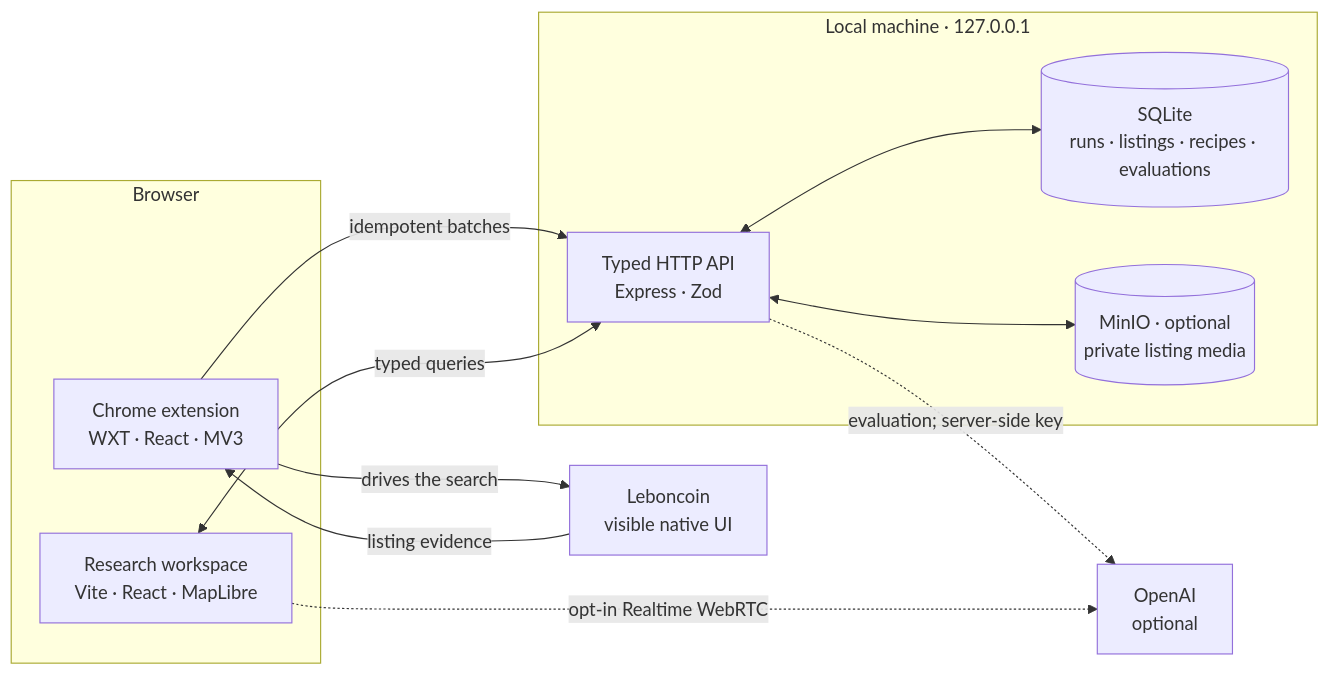
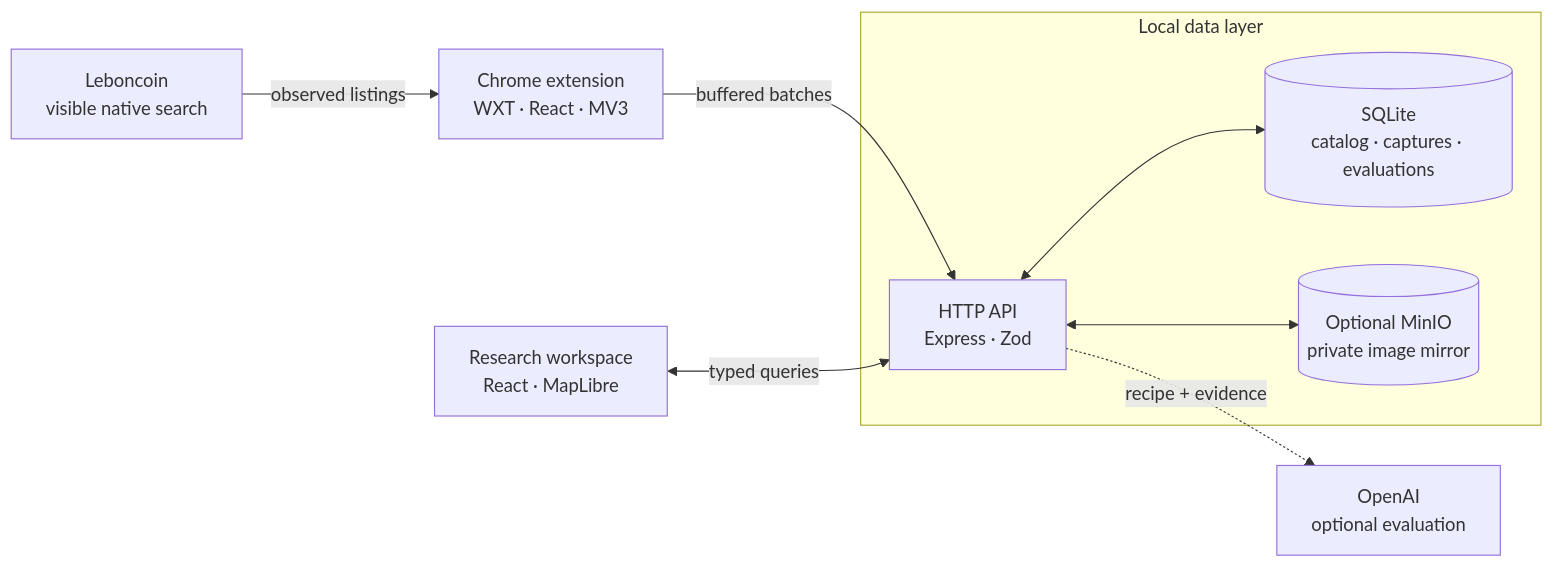
Before and after one commit to pablitxn/denicheur-breizh: the diagram in README.md, drawn with Mermaid. The commit also changed other lines of this file and 11 other files, not shown here.

````diff
--- a/README.md
+++ b/README.md
@@ -54,25 +131,21 @@
 ```mermaid
 flowchart LR
-  subgraph browser["Browser"]
-    extension["Chrome extension<br/>WXT · React · MV3"]
-    web["Research workspace<br/>Vite · React · MapLibre"]
+  source["Leboncoin<br/>visible native search"]
+  extension["Chrome extension<br/>WXT · React · MV3"]
+  web["Research workspace<br/>React · MapLibre"]
+
+  subgraph local["Local data layer"]
+    api["HTTP API<br/>Express · Zod"]
+    db[("SQLite<br/>catalog · captures · evaluations")]
+    media[("Optional MinIO<br/>private image mirror")]
   end
 
-  subgraph local["Local machine · 127.0.0.1"]
-    api["Typed HTTP API<br/>Express · Zod"]
-    sqlite[("SQLite<br/>runs · listings · recipes · evaluations")]
-    minio[("MinIO · optional<br/>private listing media")]
-  end
+  ai["OpenAI<br/>optional evaluation"]
 
-  leboncoin["Leboncoin<br/>visible native UI"]
-  openai["OpenAI<br/>optional"]
-
-  extension -->|"drives the search"| leboncoin
-  leboncoin -->|"listing evidence"| extension
-  extension -->|"idempotent batches"| api
+  source -->|"observed listings"| extension
+  extension -->|"buffered batches"| api
   web <-->|"typed queries"| api
-  api <--> sqlite
-  api <--> minio
-  api -.->|"evaluation; server-side key"| openai
-  web -.->|"opt-in Realtime WebRTC"| openai
+  api <--> db
+  api <--> media
+  api -.->|"recipe + evidence"| ai
 ```
````
